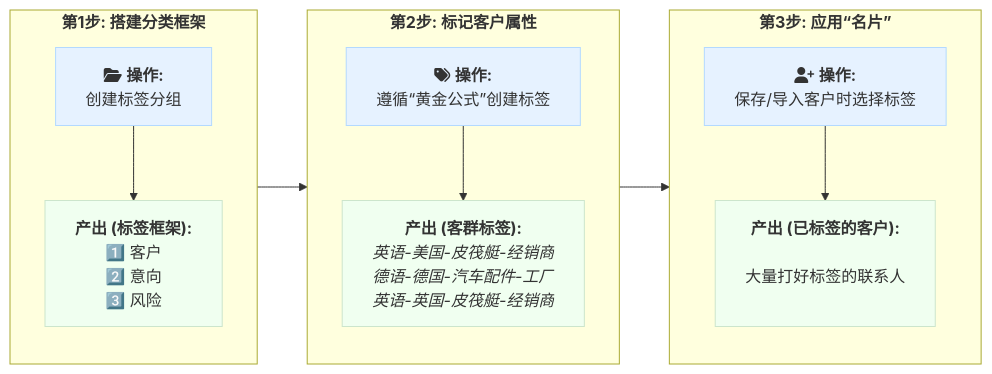
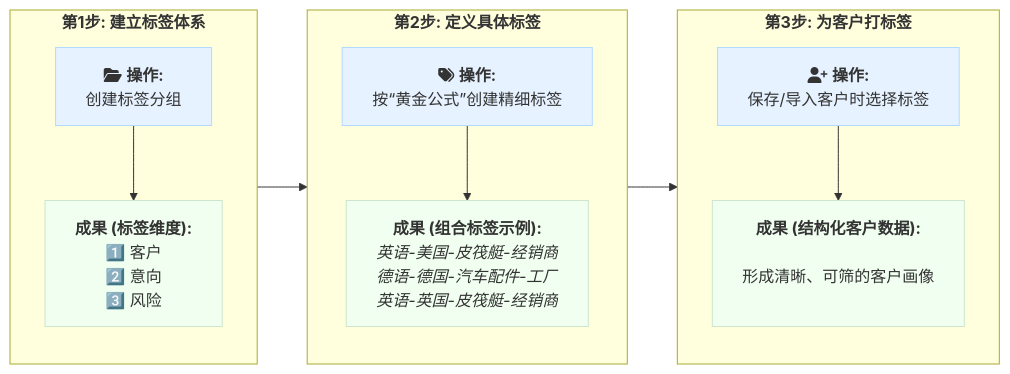
One commit to suxuemi/laifaxin changed the fourth of 13 diagrams in docs/zhinan/customer-management-section.md. Above: the diagram before and after it, drawn with Mermaid. The commit also changed other lines of this file and 2 other files, not shown here.

````diff
--- a/docs/zhinan/customer-management-section.md
+++ b/docs/zhinan/customer-management-section.md
@@ -192,27 +188,27 @@
 ```mermaid
 graph LR
-    subgraph sg1 [<b>第1步: 搭建分类框架</b>]
+    subgraph sg1 [<b>第1步: 建立标签体系</b>]
         direction TB
-        A["fa:fa-folder-open <b>操作:</b><br>创建标签分组"] --> B["<b>产出 (标签框架):</b><br>1️⃣ 客户<br>2️⃣ 意向<br>3️⃣ 风险"];
+        A["fa:fa-folder-open <b>操作:</b><br>创建标签分组"] --> B["<b>成果 (标签维度):</b><br>1️⃣ 客户<br>2️⃣ 意向<br>3️⃣ 风险"];
     end
 
-    subgraph sg2 [<b>第2步: 标记客户属性</b>]
+    subgraph sg2 [<b>第2步: 定义具体标签</b>]
         direction TB
-        C["fa:fa-tags <b>操作:</b><br>遵循“黄金公式”创建标签"] --> D["<b>产出 (客群标签):</b><br><i>英语-美国-皮筏艇-经销商</i><br><i>德语-德国-汽车配件-工厂</i><br><i>英语-英国-皮筏艇-经销商</i>"];
+        C["fa:fa-tags <b>操作:</b><br>按“黄金公式”创建精细标签"] --> D["<b>成果 (组合标签示例):</b><br><i>英语-美国-皮筏艇-经销商</i><br><i>德语-德国-汽车配件-工厂</i><br><i>英语-英国-皮筏艇-经销商</i>"];
     end
 
-    subgraph sg3 [<b>第3步: 应用“名片”</b>]
+    subgraph sg3 [<b>第3步: 为客户打标签</b>]
         direction TB
-        E["fa:fa-user-plus <b>操作:</b><br>保存/导入客户时选择标签"] --> F["<b>产出 (已标签的客户):</b><br><br>大量打好标签的联系人<br><br>"];
+        E["fa:fa-user-plus <b>操作:</b><br>保存/导入客户时选择标签"] --> F["<b>成果 (结构化客户数据):</b><br><br>形成清晰、可筛的客户画像<br><br>"];
     end
 
     sg1 --> sg2 --> sg3;
 
     %% Styling
     style A fill:#e6f2ff,stroke:#b3d9ff
     style B fill:#f0fff0,stroke:#cce5cc
     style C fill:#e6f2ff,stroke:#b3d9ff
     style D fill:#f0fff0,stroke:#cce5cc
     style E fill:#e6f2ff,stroke:#b3d9ff
     style F fill:#f0fff0,stroke:#cce5cc
 ```
````
